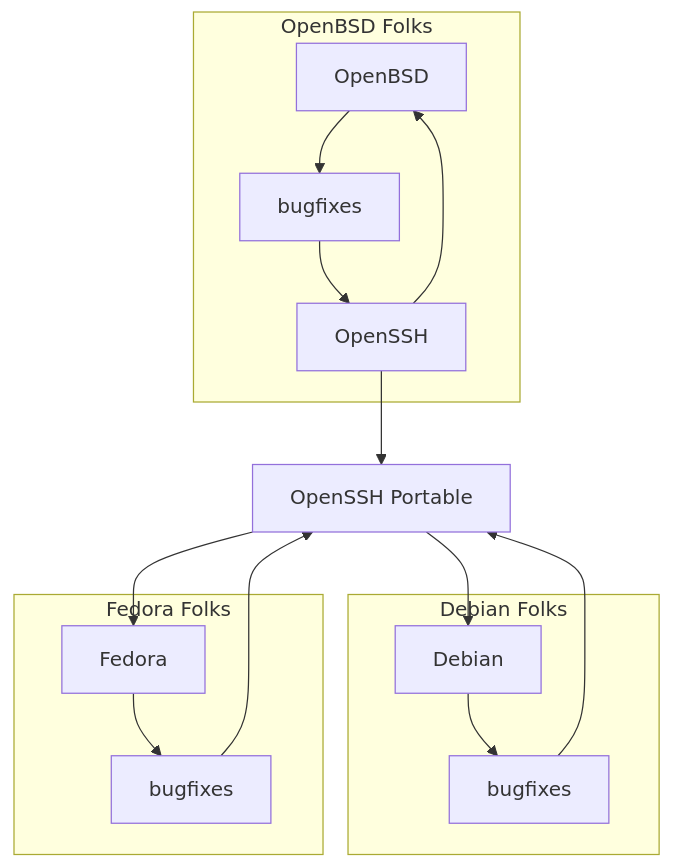
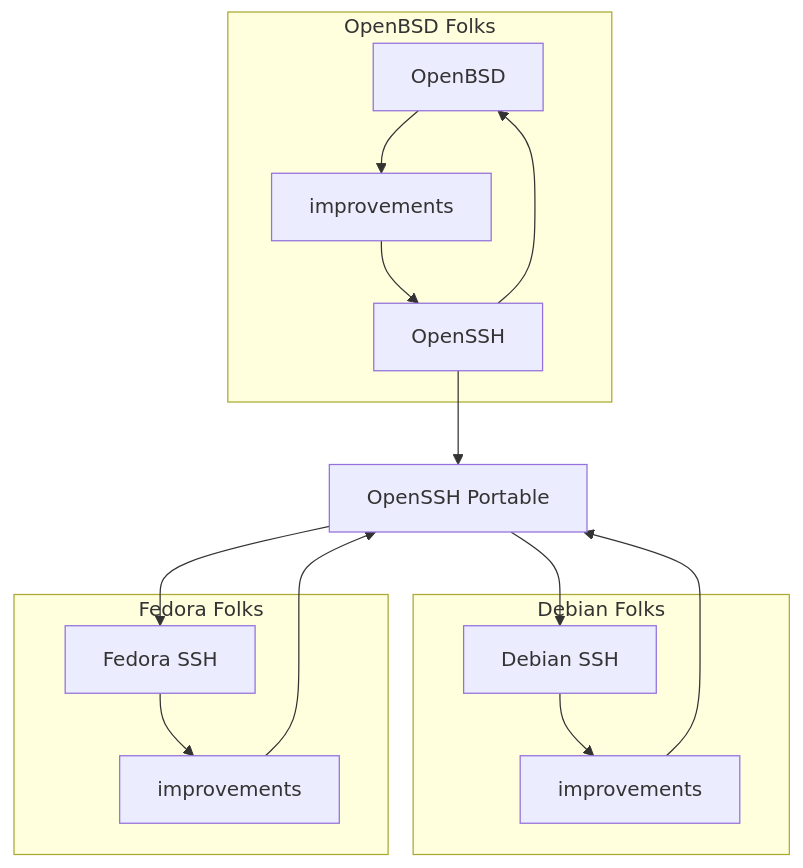
Before and after one commit to robertdfrench/ifuncd-up: the second of 3 diagrams in README.md, drawn with Mermaid. The commit also changed other lines of this file, not shown here.

Commit message:
SystemD patch was never in OpenSSH Portable

````diff
--- a/README.md
+++ b/README.md
@@ -156,30 +169,30 @@
 ```mermaid
 flowchart TD
   subgraph OpenBSD Folks
     A[OpenBSD]
     B[OpenSSH]
-    H[bugfixes]
+    H[improvements]
   end
   B-->A
   A-->H
   H-->B
 
   B-->C
   C[OpenSSH Portable]
 
   subgraph Debian Folks
-    D[Debian]
-    G[bugfixes]
+    D[Debian SSH]
+    G[improvements]
   end
   C-->D
   D-->G
   G-->C
 
   subgraph Fedora Folks
-    J[Fedora]
-    K[bugfixes]
+    J[Fedora SSH]
+    K[improvements]
   end
   C-->J
   J-->K
   K-->C
 ```
````
